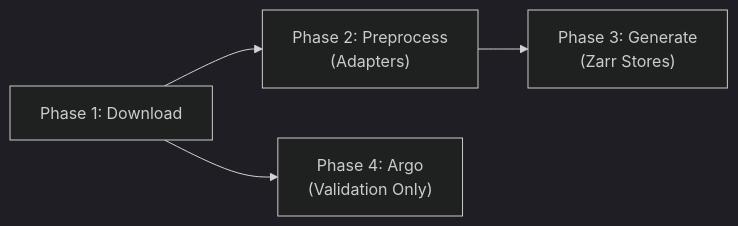
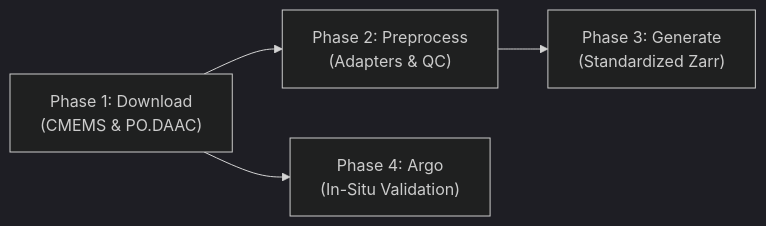
One commit to OceanEmbed-IntellAlpha/OceanEmbed changed the first of 3 diagrams in dataset_documentation.md. Above: the diagram before and after it, drawn with Mermaid (dark theme). The commit also changed other lines of this file and 1 other file, not shown here.

````diff
--- a/dataset_documentation.md
+++ b/dataset_documentation.md
@@ -70,6 +97,6 @@
 ```mermaid
 flowchart LR
-    A["Phase 1: Download"] --> B["Phase 2: Preprocess<br/>(Adapters)"]
-    B --> C["Phase 3: Generate<br/>(Zarr Stores)"]
-    A --> D["Phase 4: Argo<br/>(Validation Only)"]
+    A["Phase 1: Download<br/>(CMEMS & PO.DAAC)"] --> B["Phase 2: Preprocess<br/>(Adapters & QC)"]
+    B --> C["Phase 3: Generate<br/>(Standardized Zarr)"]
+    A --> D["Phase 4: Argo<br/>(In-Situ Validation)"]
 ```
````
